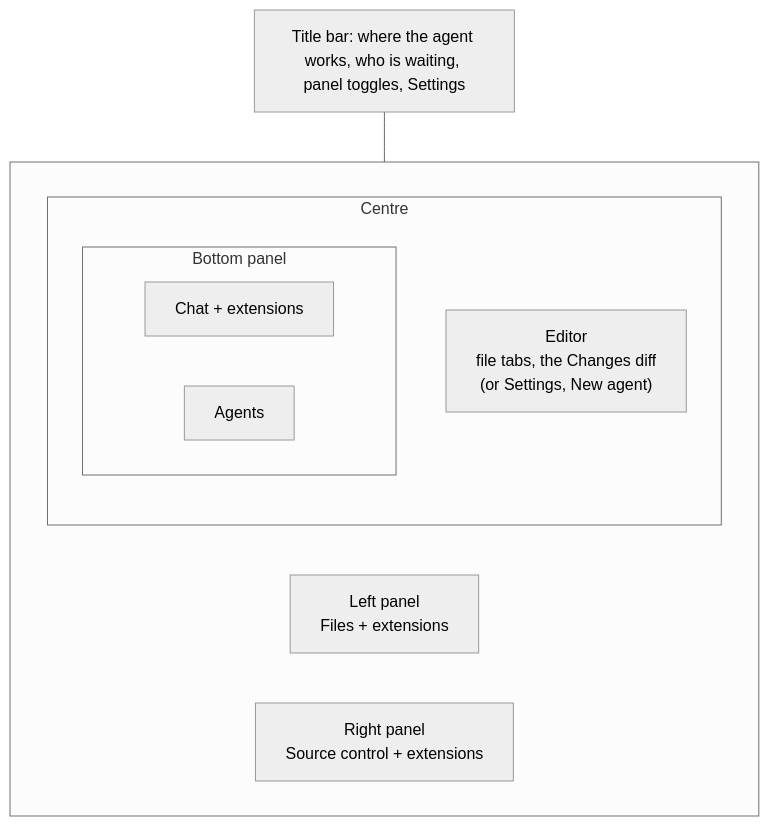
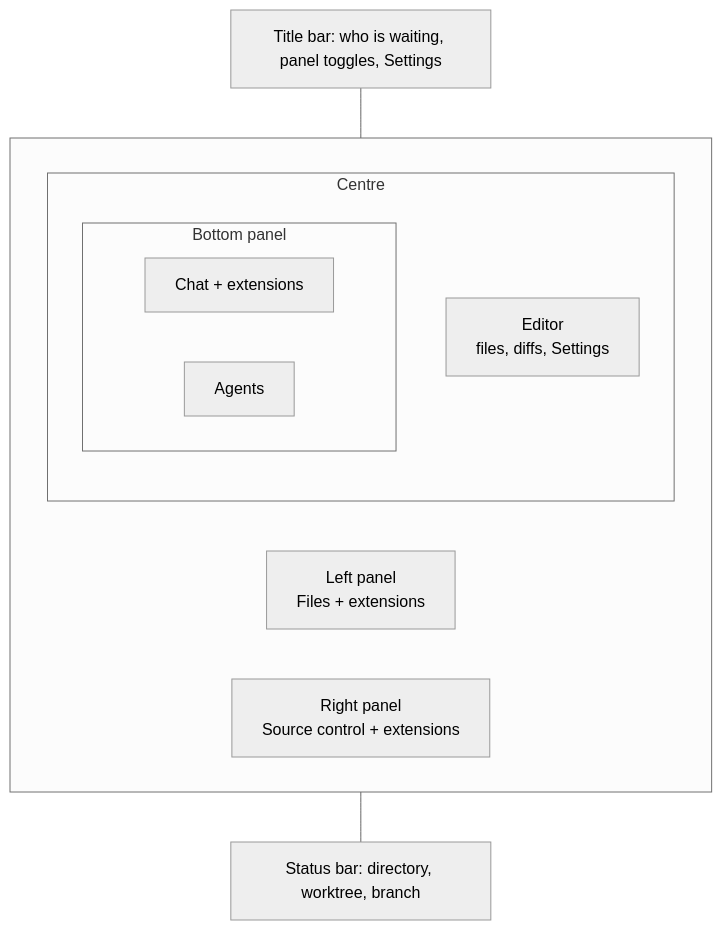
The first of 2 diagrams in docs/workbench.md (BradenTerry/Tog), drawn with Mermaid (neutral theme) before and after one commit. The commit also changed other lines of this file and 35 other files, not shown here.

First line of the commit message:
Grow the workbench into an editor for the agent's work

````diff
--- a/docs/workbench.md
+++ b/docs/workbench.md
@@ -9,19 +9,21 @@
 ```mermaid
 flowchart TB
-    T["Title bar: where the agent works, who is waiting, panel toggles, Settings"]
+    T["Title bar: who is waiting, panel toggles, Settings"]
     subgraph W[" "]
         direction LR
         L["Left panel<br/>Files + extensions"]
         subgraph C["Centre"]
             direction TB
-            E["Editor<br/>file tabs, the Changes diff<br/>(or Settings, New agent)"]
+            E["Editor<br/>files, diffs, Settings"]
             subgraph B["Bottom panel"]
                 direction LR
                 CH["Chat + extensions"]
                 AG["Agents"]
             end
         end
         R["Right panel<br/>Source control + extensions"]
     end
+    S["Status bar: directory, worktree, branch"]
     T --- W
+    W --- S
 ```
````
